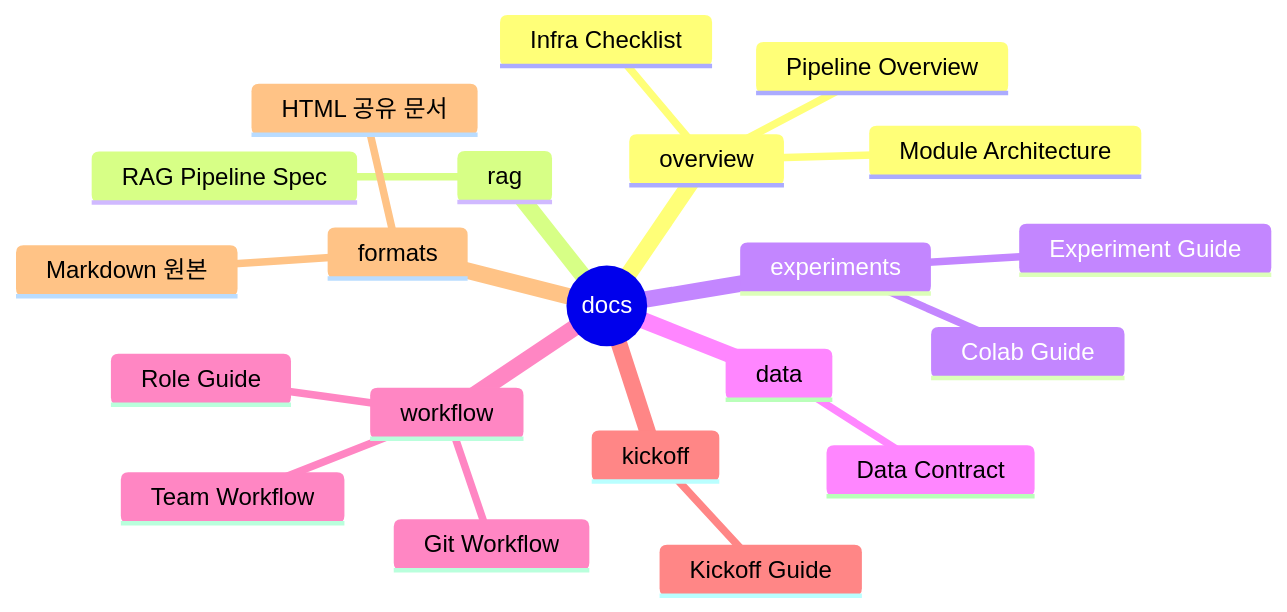
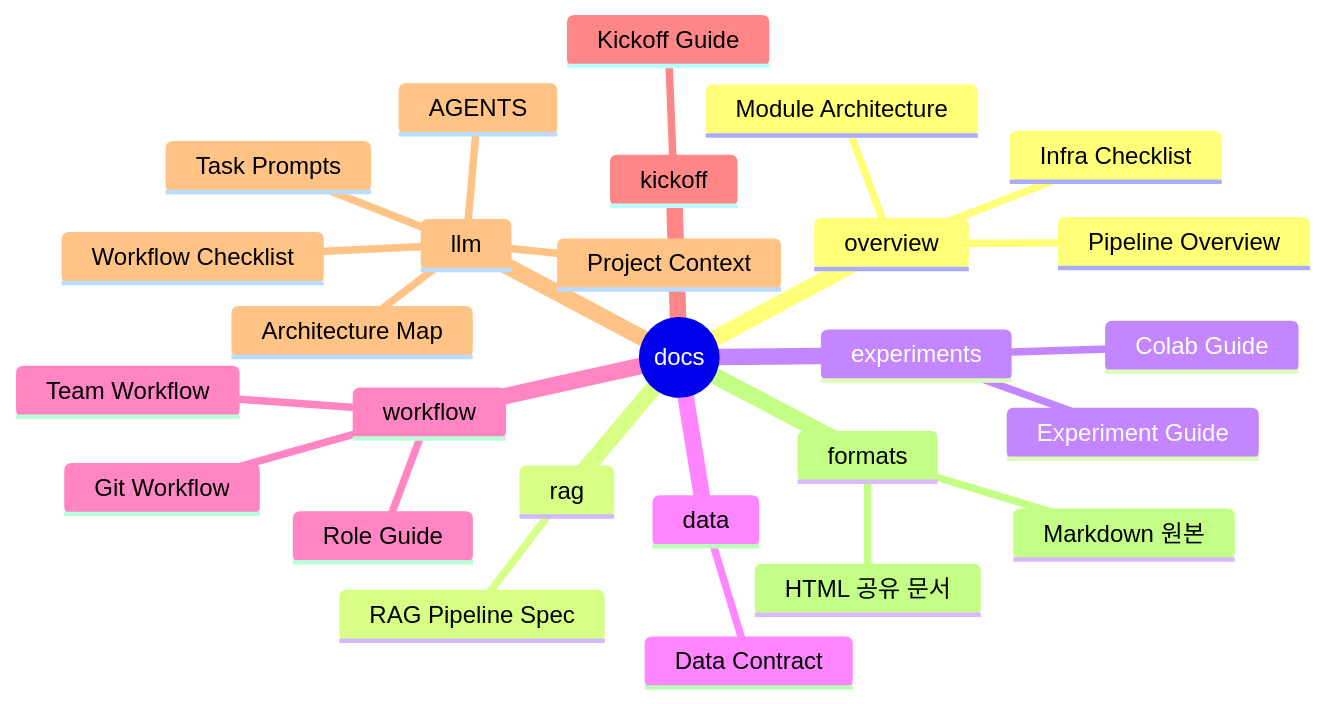
One commit to Codeit-Part3-6Team/Codeit-Part3-6Team-Project changed the diagram in docs/README.md. Above: the diagram before and after it, drawn with Mermaid. The commit also changed other lines of this file and 8 other files, not shown here.

````diff
--- a/docs/README.md
+++ b/docs/README.md
@@ -9,24 +9,30 @@
 ```mermaid
 mindmap
   root((docs))
     overview
       Pipeline Overview
       Module Architecture
       Infra Checklist
     rag
       RAG Pipeline Spec
     experiments
       Experiment Guide
       Colab Guide
     data
       Data Contract
     workflow
       Git Workflow
       Role Guide
       Team Workflow
     kickoff
       Kickoff Guide
+    llm
+      AGENTS
+      Project Context
+      Architecture Map
+      Workflow Checklist
+      Task Prompts
     formats
       Markdown 원본
       HTML 공유 문서
 ```
````
